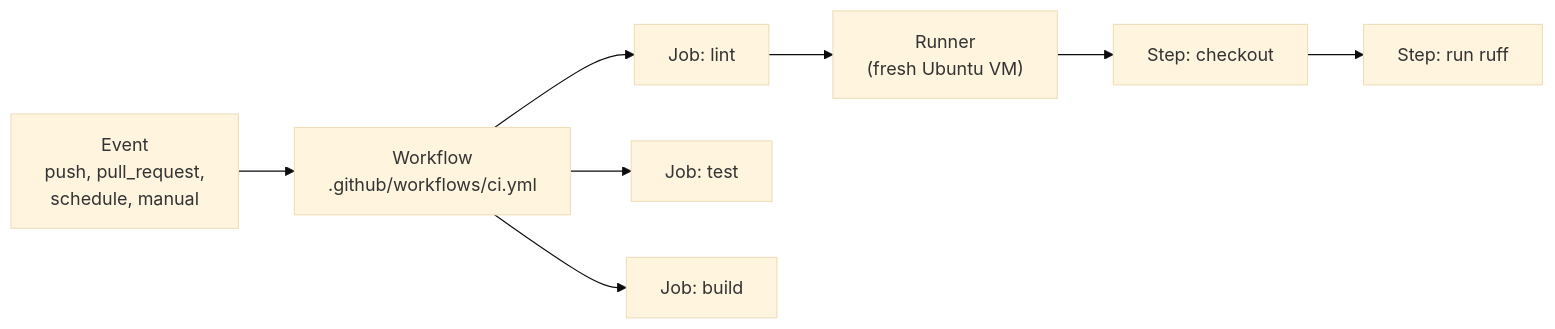
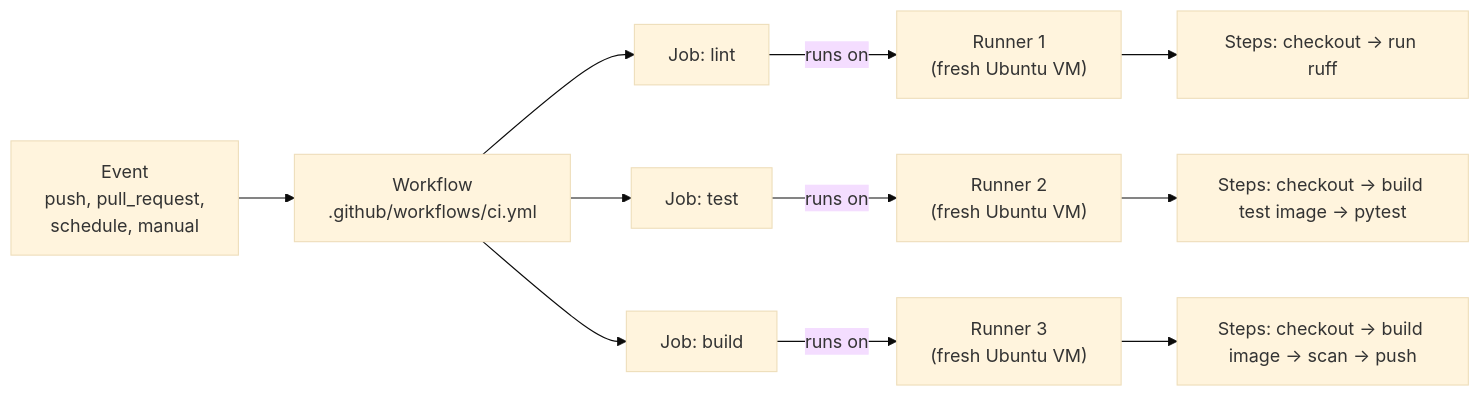
The second of 7 diagrams in docs/02-ci.md (valinfernanda/devops-project), drawn with Mermaid (base theme) before and after one commit. The commit also changed other lines of this file, not shown here.

Commit message:
docs(phase2): show one runner per job in the Actions vocabulary diagram (#11)
The diagram drew a runner only under the lint job, which read as if only
lint ran on a runner, or as if the runner ran "after" lint. Every job now
has its own runner and steps, the arrows are labelled "runs on", and a
note explains that job order comes from needs:, not from the picture.

````diff
--- a/docs/02-ci.md
+++ b/docs/02-ci.md
@@ -55,10 +55,13 @@
 ```mermaid
 flowchart LR
     EV["Event<br/>push, pull_request,<br/>schedule, manual"] --> WF["Workflow<br/>.github/workflows/ci.yml"]
     WF --> J1["Job: lint"]
     WF --> J2["Job: test"]
     WF --> J3["Job: build"]
-    J1 --> R1["Runner<br/>(fresh Ubuntu VM)"]
-    R1 --> S1["Step: checkout"]
-    S1 --> S2["Step: run ruff"]
+    J1 -->|runs on| R1["Runner 1<br/>(fresh Ubuntu VM)"]
+    J2 -->|runs on| R2["Runner 2<br/>(fresh Ubuntu VM)"]
+    J3 -->|runs on| R3["Runner 3<br/>(fresh Ubuntu VM)"]
+    R1 --> S1["Steps: checkout → run ruff"]
+    R2 --> S2["Steps: checkout → build test image → pytest"]
+    R3 --> S3["Steps: checkout → build image → scan → push"]
 ```
````
